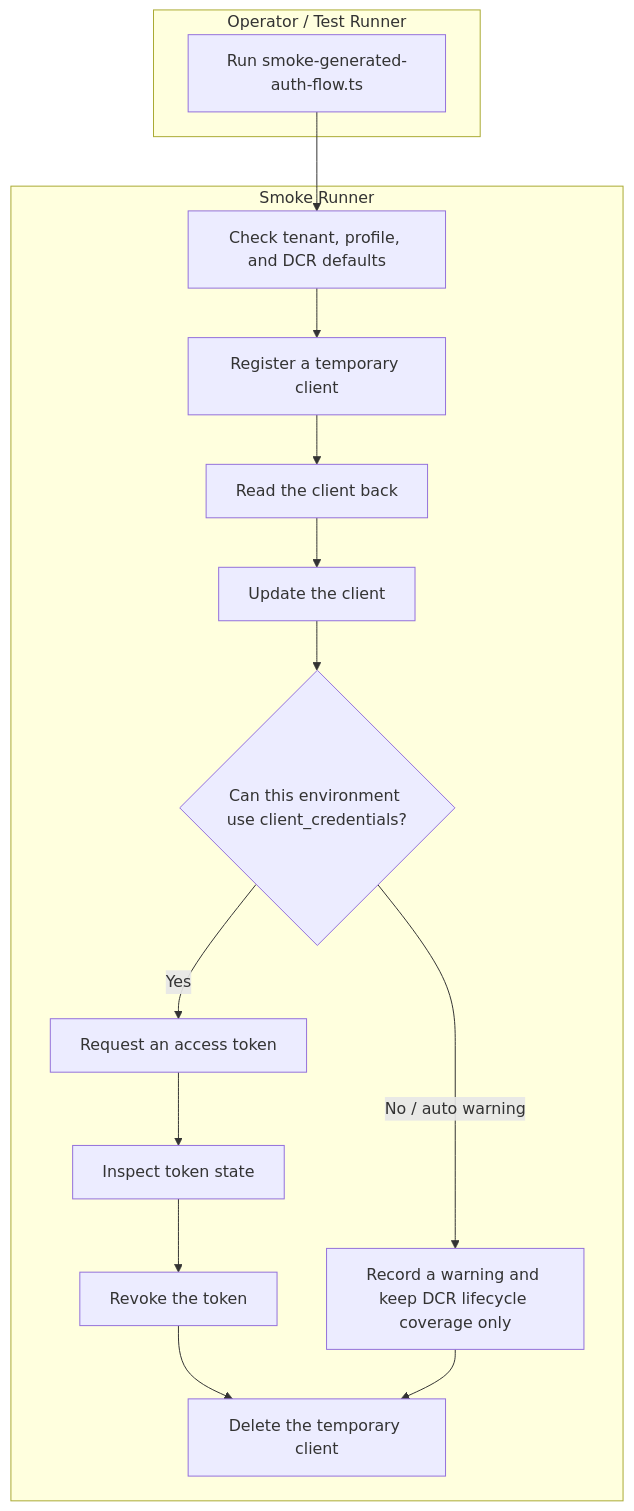
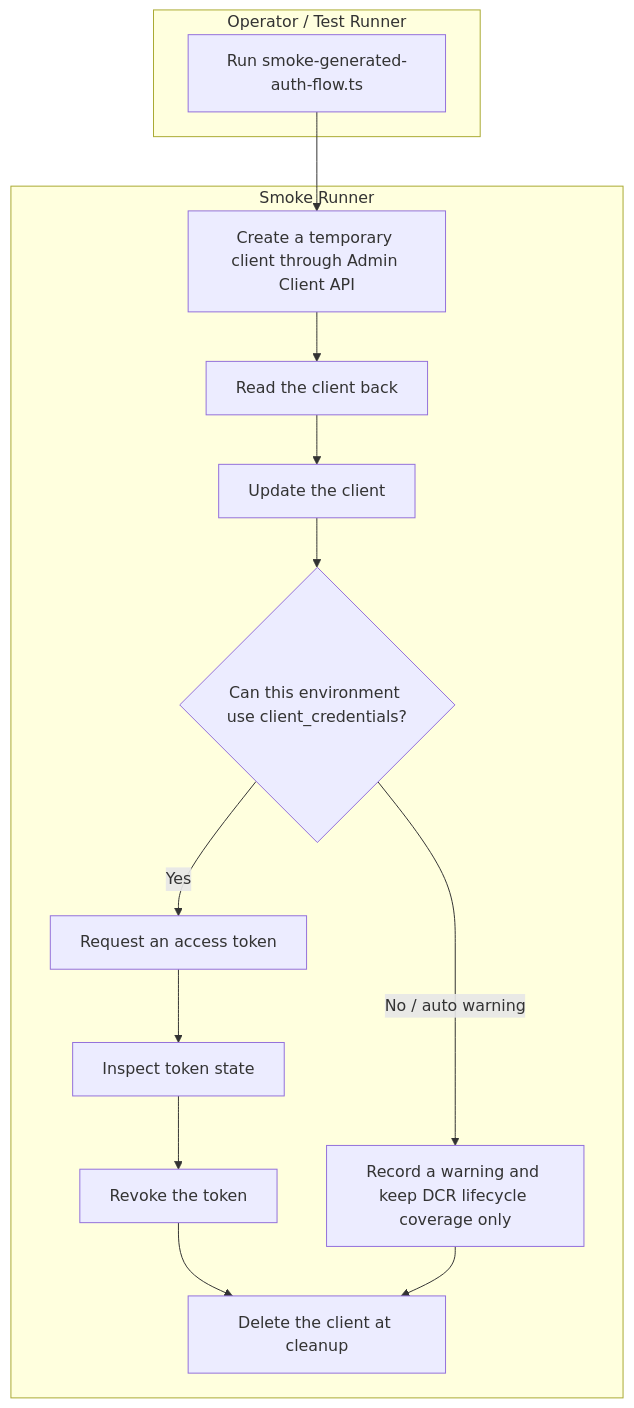
The second of 5 diagrams in test/environment-validation/README.md (sgrastar/authrim), drawn with Mermaid before and after one commit. The commit also changed other lines of this file and 92 other files, not shown here.

Commit message:
Harden setup deployment and SAML admin flows

````diff
--- a/test/environment-validation/README.md
+++ b/test/environment-validation/README.md
@@ -116,21 +121,20 @@
 ```mermaid
 flowchart TD
   subgraph O["Operator / Test Runner"]
     O1["Run smoke-generated-auth-flow.ts"]
   end
   subgraph R["Smoke Runner"]
-    R1["Check tenant, profile, and DCR defaults"]
-    R2["Register a temporary client"]
-    R3["Read the client back"]
-    R4["Update the client"]
+    R1["Create a temporary client through Admin Client API"]
+    R2["Read the client back"]
+    R3["Update the client"]
+    R4["Delete the client at cleanup"]
     R5{"Can this environment use client_credentials?"}
     R6["Request an access token"]
     R7["Inspect token state"]
     R8["Revoke the token"]
-    R9["Delete the temporary client"]
     R10["Record a warning and keep DCR lifecycle coverage only"]
   end
-  O1 --> R1 --> R2 --> R3 --> R4 --> R5
-  R5 -->|Yes| R6 --> R7 --> R8 --> R9
-  R5 -->|No / auto warning| R10 --> R9
+  O1 --> R1 --> R2 --> R3 --> R5
+  R5 -->|Yes| R6 --> R7 --> R8 --> R4
+  R5 -->|No / auto warning| R10 --> R4
 ```
````
